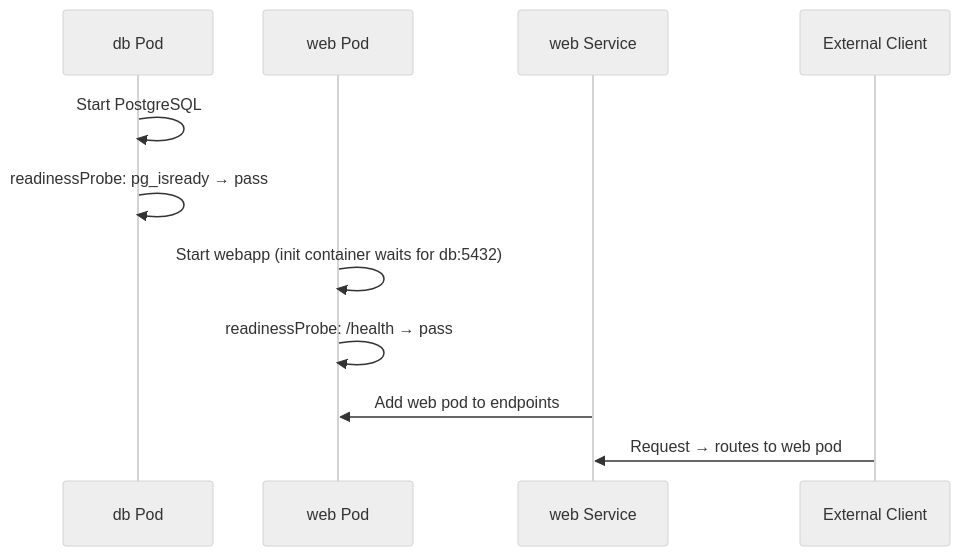
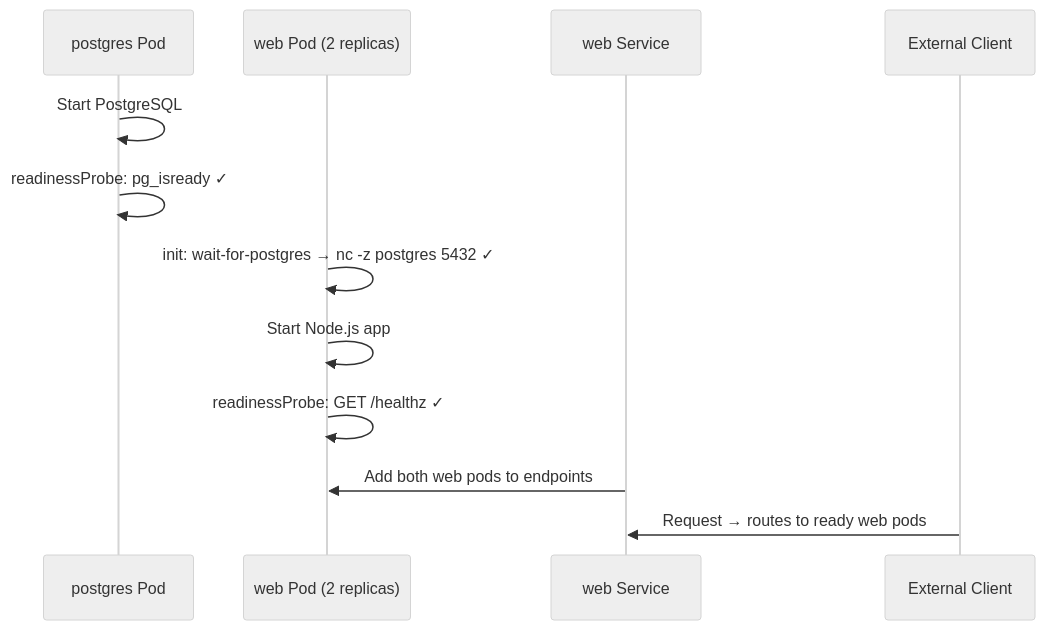
The fourth of 6 diagrams in 16_podman_to_k3s/02_compose_to_k3s.md (UncleJS/course_k3s), drawn with Mermaid (neutral theme) before and after one commit. The commit also changed other lines of this file and 21 other files, not shown here.

````diff
--- a/16_podman_to_k3s/02_compose_to_k3s.md
+++ b/16_podman_to_k3s/02_compose_to_k3s.md
@@ -388,14 +589,15 @@
 ```mermaid
 sequenceDiagram
-    participant DB as db Pod
-    participant WEB as web Pod
+    participant PG as postgres Pod
+    participant WEB as web Pod (2 replicas)
     participant SVC as web Service
     participant CLIENT as External Client
 
-    DB->>DB: Start PostgreSQL
-    DB->>DB: readinessProbe: pg_isready → pass
-    WEB->>WEB: Start webapp (init container waits for db:5432)
-    WEB->>WEB: readinessProbe: /health → pass
-    SVC->>WEB: Add web pod to endpoints
-    CLIENT->>SVC: Request → routes to web pod
+    PG->>PG: Start PostgreSQL
+    PG->>PG: readinessProbe: pg_isready ✓
+    WEB->>WEB: init: wait-for-postgres → nc -z postgres 5432 ✓
+    WEB->>WEB: Start Node.js app
+    WEB->>WEB: readinessProbe: GET /healthz ✓
+    SVC->>WEB: Add both web pods to endpoints
+    CLIENT->>SVC: Request → routes to ready web pods
 ```
````
